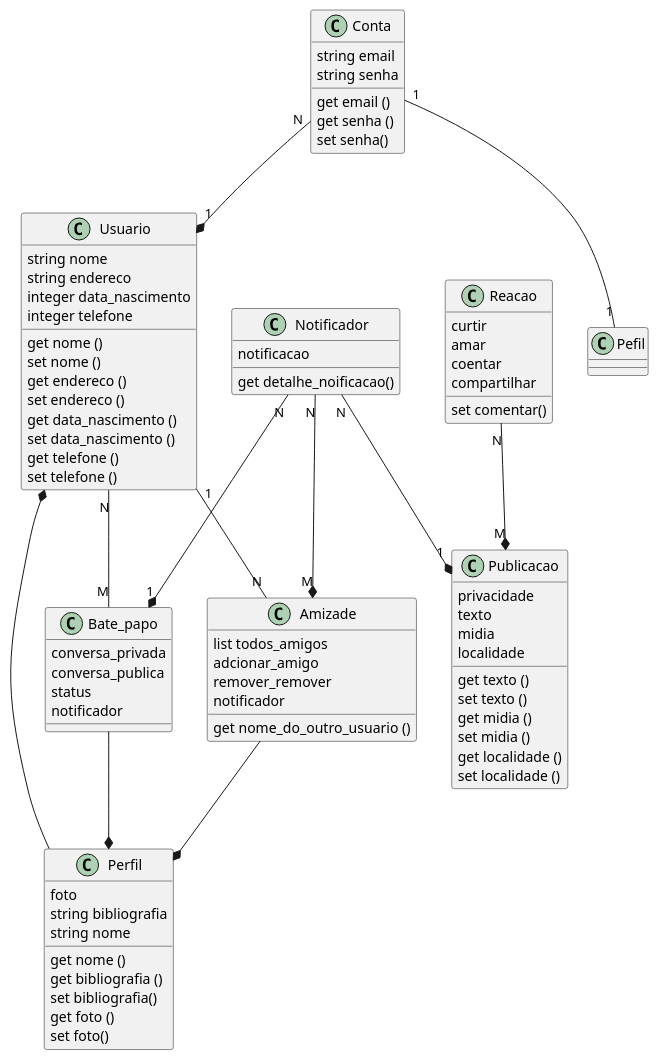
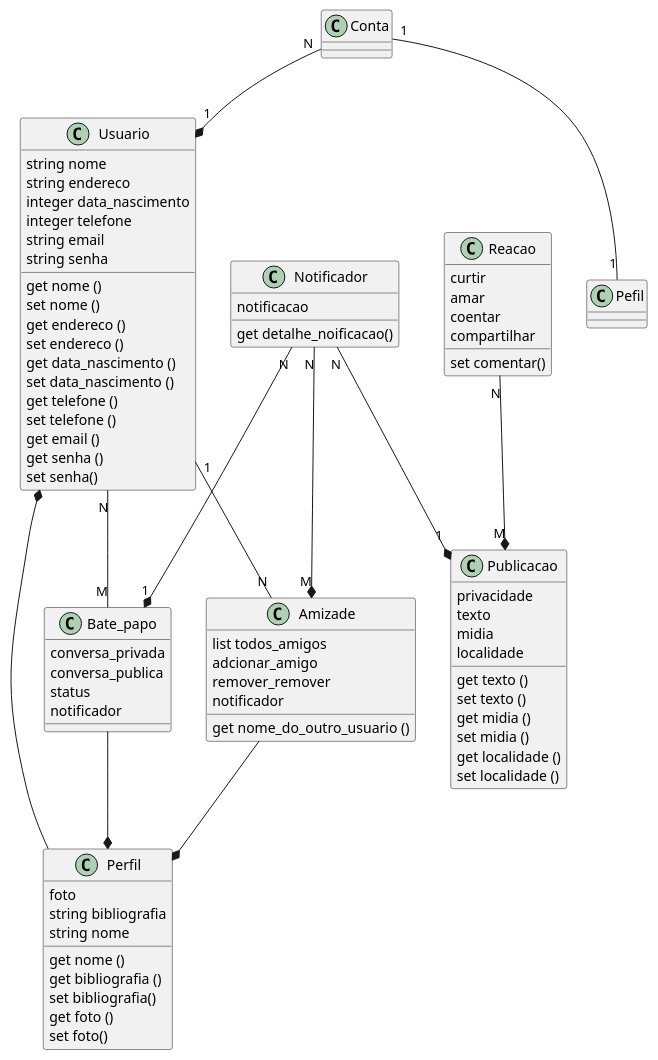
The diagram in rede_social_class.puml (beatrizaf/Rede-Social), drawn with PlantUML before and after one commit.

```diff
--- a/rede_social_class.puml
+++ b/rede_social_class.puml
@@ -1,84 +1,79 @@
 @startuml
 class Usuario{
 string nome
 string endereco
 integer data_nascimento
 integer telefone
+string email
+string senha
 get nome ()
 set nome ()
 get endereco ()
 set endereco ()
 get data_nascimento ()
 set data_nascimento ()
 get telefone ()
 set telefone ()
+get email ()
+get senha ()
+set senha()
 }
 class Perfil{
 foto
 string bibliografia
 string nome
 get nome ()
 get bibliografia ()
 set bibliografia()
 get foto ()
 set foto()
-}
-class Conta{
-string email
-string senha
-get email ()
-get senha ()
-set senha()
 }
 class Bate_papo{
 conversa_privada
 conversa_publica
 status
 notificador
 }
 class Amizade{
 list todos_amigos
 adcionar_amigo
 remover_remover
 notificador
 get nome_do_outro_usuario ()
 }
 class Notificador{
 notificacao
 get detalhe_noificacao()
 }
 class Publicacao{
 privacidade
 texto
 midia
 localidade
 get texto ()
 set texto ()
 get midia ()
 set midia ()
 get localidade ()
 set localidade ()
 }
 class Reacao{
 curtir
 amar
 coentar
 compartilhar
 set comentar()
 }
-
 Perfil --* Usuario
 Conta "1" -- "1" Pefil
 Conta "N" --* "1" Usuario
 Bate_papo --* Perfil
 Amizade --* Perfil
 Notificador "N" --* "1" Bate_papo
 Notificador "N" --* "1" Publicacao
 Notificador "N" --* "M" Amizade
 Reacao "N" --* "M" Publicacao
 Usuario "1" -- "N" Amizade
 Usuario "N" -- "M" Bate_papo
 
-
-
 @enduml
```
